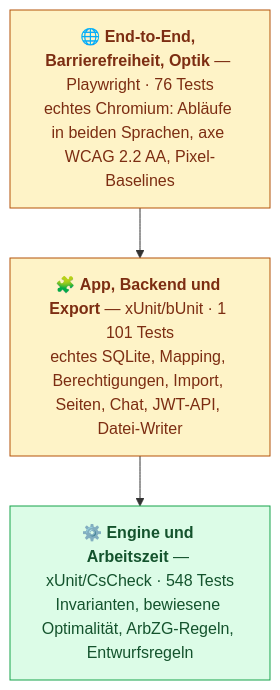
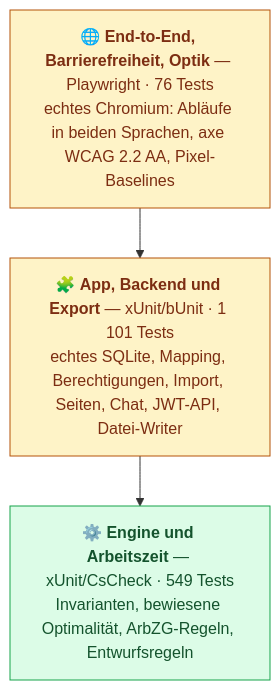
One commit to aco993/WorkPlanStudio changed the diagram in docs/TESTING.de.md. Above: the diagram before and after it, drawn with Mermaid. The commit also changed other lines of this file and 4 other files, not shown here.

````diff
--- a/docs/TESTING.de.md
+++ b/docs/TESTING.de.md
@@ -13,13 +13,13 @@
 ```mermaid
 graph TD
     E2E["🌐 <b>End-to-End, Barrierefreiheit, Optik</b> — Playwright · 76 Tests<br/>echtes Chromium: Abläufe in beiden Sprachen, axe WCAG 2.2 AA, Pixel-Baselines"]
     APP["🧩 <b>App, Backend und Export</b> — xUnit/bUnit · 1 101 Tests<br/>echtes SQLite, Mapping, Berechtigungen, Import, Seiten, Chat, JWT-API, Datei-Writer"]
-    UNIT["⚙️ <b>Engine und Arbeitszeit</b> — xUnit/CsCheck · 548 Tests<br/>Invarianten, bewiesene Optimalität, ArbZG-Regeln, Entwurfsregeln"]
+    UNIT["⚙️ <b>Engine und Arbeitszeit</b> — xUnit/CsCheck · 549 Tests<br/>Invarianten, bewiesene Optimalität, ArbZG-Regeln, Entwurfsregeln"]
 
     E2E --> APP --> UNIT
 
     classDef fast fill:#dcfce7,stroke:#16a34a,color:#14532d;
     classDef slow fill:#fef3c7,stroke:#b45309,color:#7c2d12;
     class UNIT fast;
     class APP,E2E slow;
 ```
````
